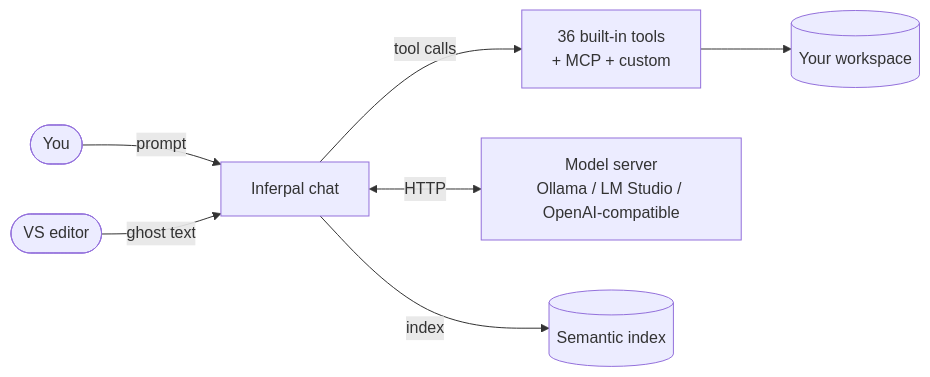
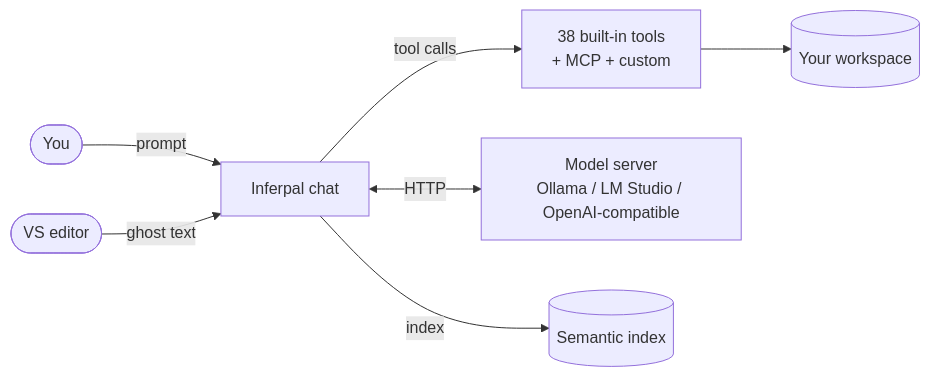
One commit to EstaxNet/Inferpal changed the diagram in docs/README.md. Above: the diagram before and after it, drawn with Mermaid. The commit also changed other lines of this file and 37 other files, not shown here.

````diff
--- a/docs/README.md
+++ b/docs/README.md
@@ -39,9 +39,9 @@
 ```mermaid
 flowchart LR
     user([You]) -->|prompt| chat[Inferpal chat]
-    chat -->|tool calls| tools[36 built-in tools<br/>+ MCP + custom]
+    chat -->|tool calls| tools[38 built-in tools<br/>+ MCP + custom]
     chat <-->|HTTP| provider[Model server<br/>Ollama / LM Studio / OpenAI-compatible]
     tools --> ws[(Your workspace)]
     editor([VS editor]) -->|ghost text| chat
     chat -->|index| rag[(Semantic index)]
 ```
````
